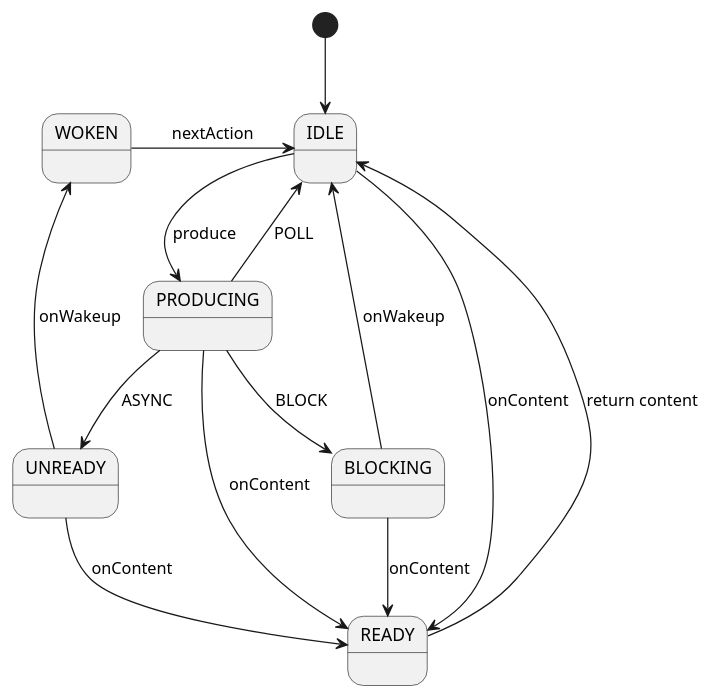
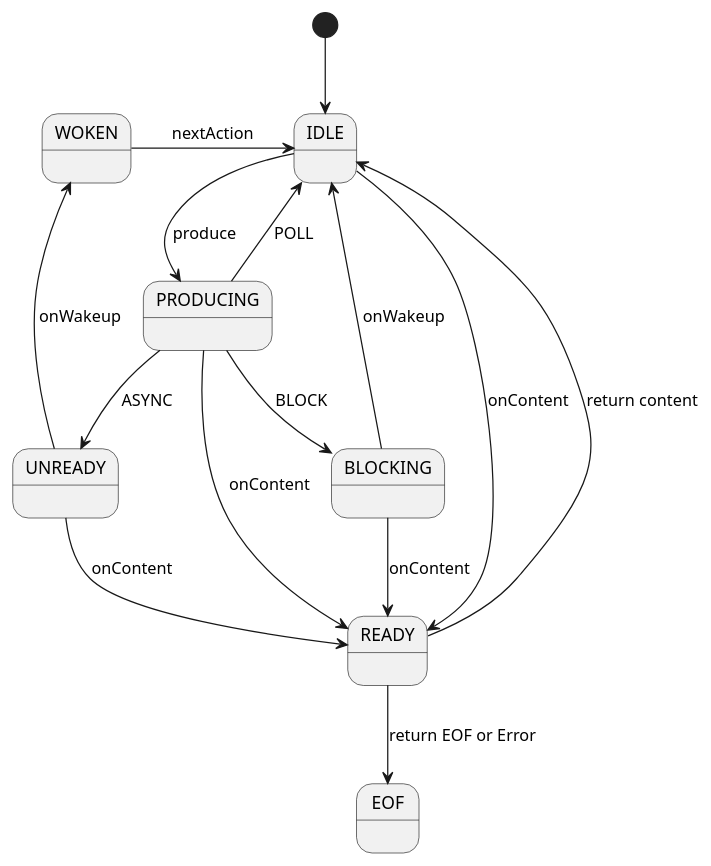
The diagram in jetty-server/src/main/java/org/eclipse/jetty/server/HttpInputState.puml (yangdy-buji/jetty.project), drawn with PlantUML before and after one commit. The commit also changed 5 other files, not shown here.

```diff
--- a/jetty-server/src/main/java/org/eclipse/jetty/server/HttpInputState.puml
+++ b/jetty-server/src/main/java/org/eclipse/jetty/server/HttpInputState.puml
@@ -1,30 +1,32 @@
 @startuml
 
 
 IDLE:
 PRODUCING:
 BLOCKING:
 UNREADY:
 WOKEN:
 READY:
+EOF:
 
 
 [*] --> IDLE
 
 IDLE --> PRODUCING : produce
 
 PRODUCING --> READY : onContent
 BLOCKING --> READY : onContent
 UNREADY --> READY : onContent
 IDLE --> READY : onContent
 
 BLOCKING -up-> IDLE : onWakeup
 UNREADY -up-> WOKEN : onWakeup
 WOKEN -right->IDLE : nextAction
 
 PRODUCING -up-> IDLE : POLL
 PRODUCING --> BLOCKING : BLOCK
 PRODUCING --> UNREADY : ASYNC
 
 READY -up-> IDLE : return content
+READY --> EOF : return EOF or Error
 @enduml
```
